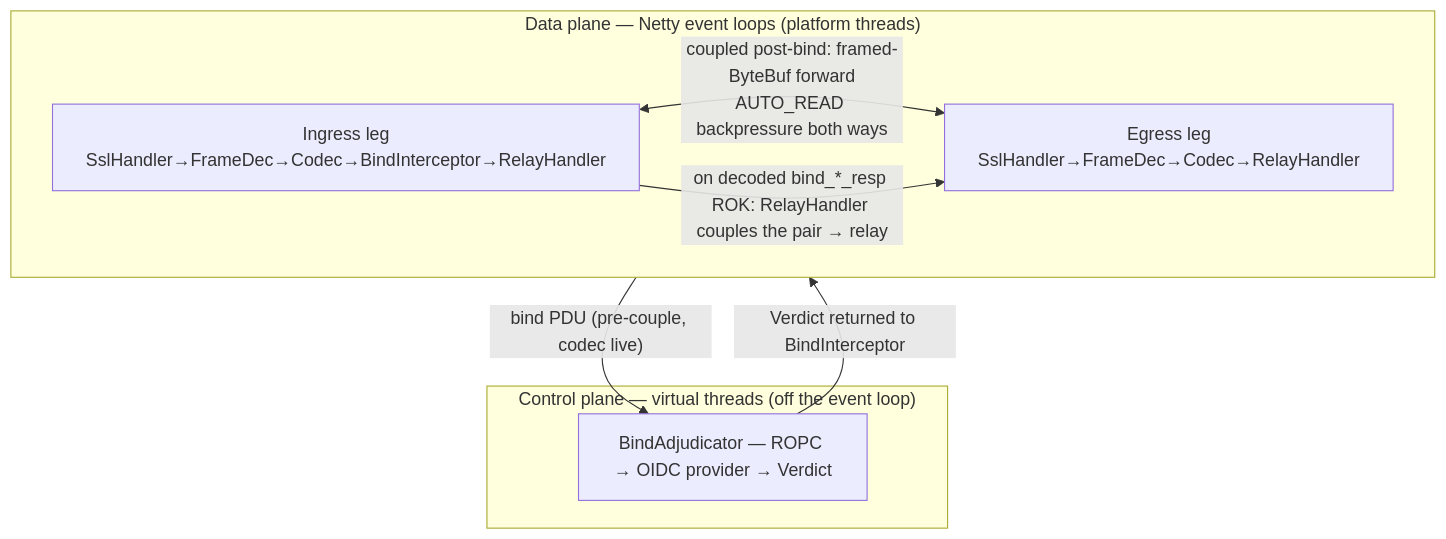
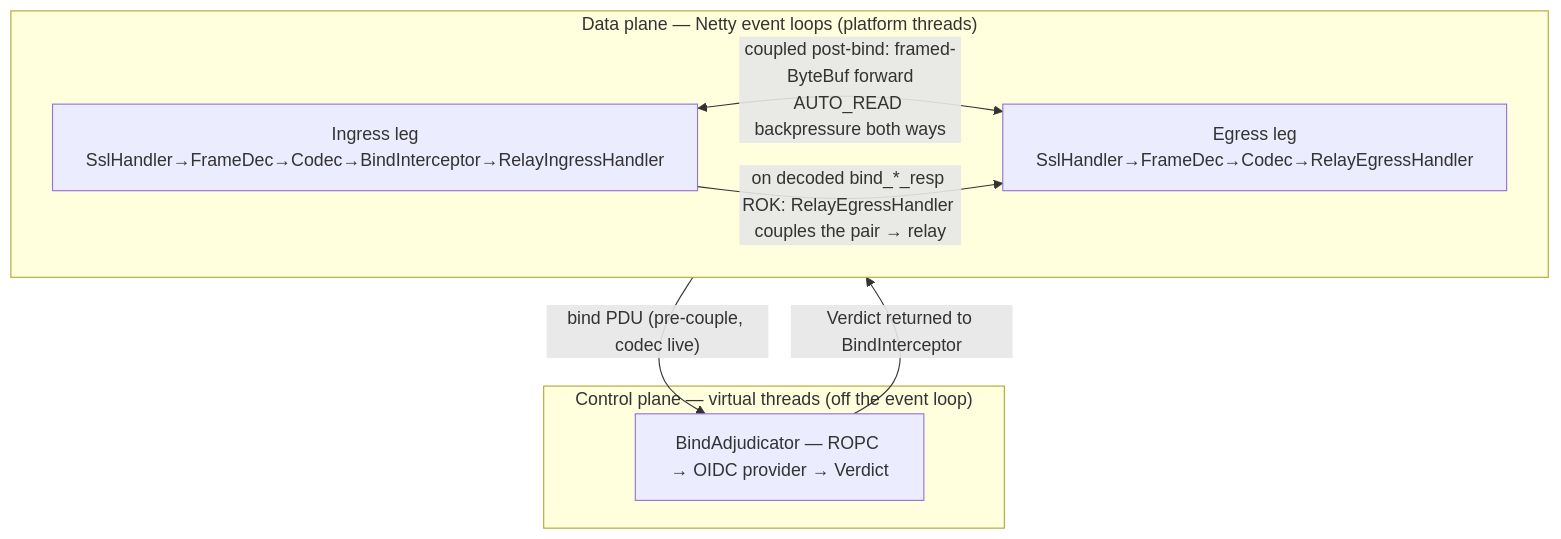
The first of 4 diagrams in _bmad-output/planning-artifacts/architecture/architecture-smpp-companions-2026-07-19/ARCHITECTURE-SPINE.md (ildarsharafutdinov/smpp-companions), drawn with Mermaid before and after one commit. The commit also changed other lines of this file and 24 other files, not shown here.

````diff
--- a/_bmad-output/planning-artifacts/architecture/architecture-smpp-companions-2026-07-19/ARCHITECTURE-SPINE.md
+++ b/_bmad-output/planning-artifacts/architecture/architecture-smpp-companions-2026-07-19/ARCHITECTURE-SPINE.md
@@ -47,15 +47,15 @@
 ```mermaid
 flowchart TB
   subgraph DP["Data plane — Netty event loops (platform threads)"]
     direction LR
-    IL["Ingress leg<br/>SslHandler→FrameDec→Codec→BindInterceptor→RelayHandler"]
-    EL["Egress leg<br/>SslHandler→FrameDec→Codec→RelayHandler"]
+    IL["Ingress leg<br/>SslHandler→FrameDec→Codec→BindInterceptor→RelayIngressHandler"]
+    EL["Egress leg<br/>SslHandler→FrameDec→Codec→RelayEgressHandler"]
     IL <-->|"coupled post-bind: framed-ByteBuf forward<br/>AUTO_READ backpressure both ways"| EL
   end
   subgraph CP["Control plane — virtual threads (off the event loop)"]
     BA["BindAdjudicator — ROPC → OIDC provider → Verdict"]
   end
   IL -->|"bind PDU (pre-couple, codec live)"| BA
   BA -->|"Verdict returned to BindInterceptor"| IL
-  IL -->|"on decoded bind_*_resp ROK: RelayHandler couples the pair → relay"| EL
+  IL -->|"on decoded bind_*_resp ROK: RelayEgressHandler couples the pair → relay"| EL
 ```
````
